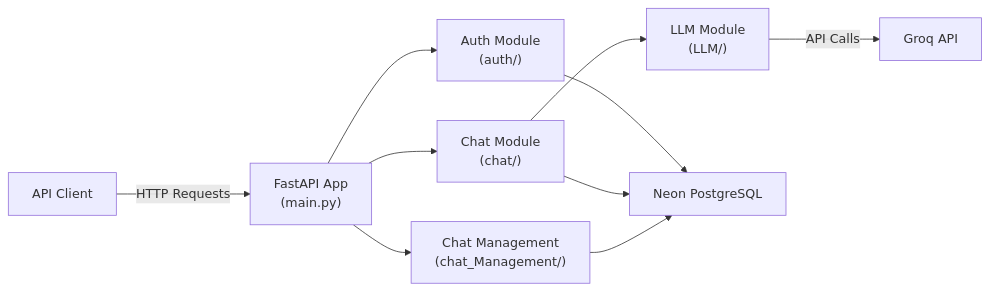
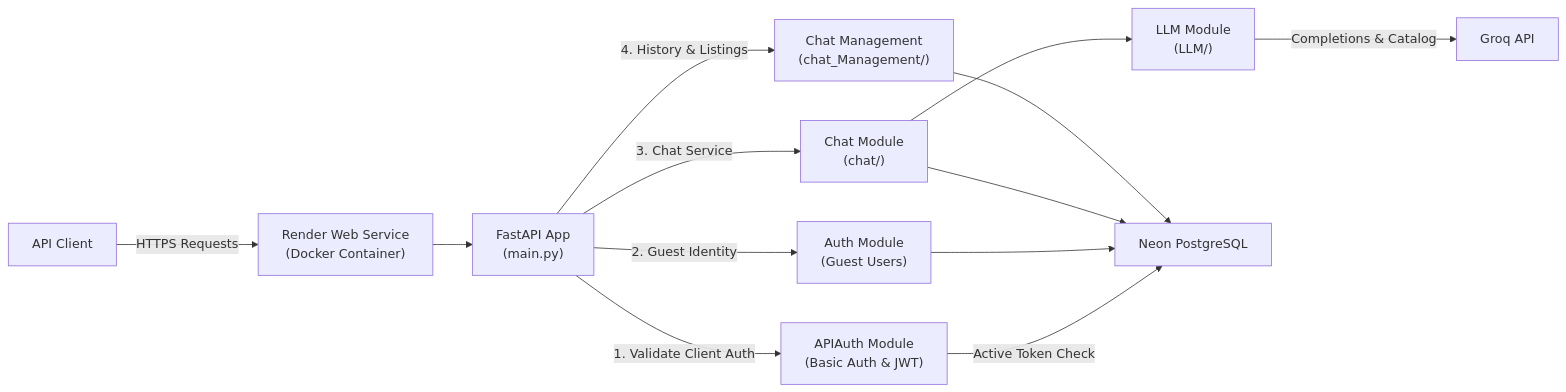
The first of 5 diagrams in server/Documents/PROJECT_FLOWS.md (MONARCH1108/monarch-AI-Bot), drawn with Mermaid before and after one commit. The commit also changed other lines of this file and 12 other files, not shown here.

````diff
--- a/server/Documents/PROJECT_FLOWS.md
+++ b/server/Documents/PROJECT_FLOWS.md
@@ -11,21 +11,26 @@
 ```mermaid
 flowchart LR
     Client["API Client"]
+    Render["Render Web Service<br/>(Docker Container)"]
     FastAPI["FastAPI App<br/>(main.py)"]
-    Auth["Auth Module<br/>(auth/)"]
+    APIAuth["APIAuth Module<br/>(Basic Auth & JWT)"]
+    Auth["Auth Module<br/>(Guest Users)"]
     Chat["Chat Module<br/>(chat/)"]
     ChatMgmt["Chat Management<br/>(chat_Management/)"]
     LLM["LLM Module<br/>(LLM/)"]
     DB["Neon PostgreSQL"]
     Groq["Groq API"]
 
-    Client -->|HTTP Requests| FastAPI
-    FastAPI --> Auth
-    FastAPI --> Chat
-    FastAPI --> ChatMgmt
+    Client -->|HTTPS Requests| Render
+    Render --> FastAPI
+    FastAPI -->|1. Validate Client Auth| APIAuth
+    APIAuth -->|Active Token Check| DB
+    FastAPI -->|2. Guest Identity| Auth
+    FastAPI -->|3. Chat Service| Chat
+    FastAPI -->|4. History & Listings| ChatMgmt
     Chat --> LLM
     Auth --> DB
     Chat --> DB
     ChatMgmt --> DB
-    LLM -->|API Calls| Groq
+    LLM -->|Completions & Catalog| Groq
 ```
````
